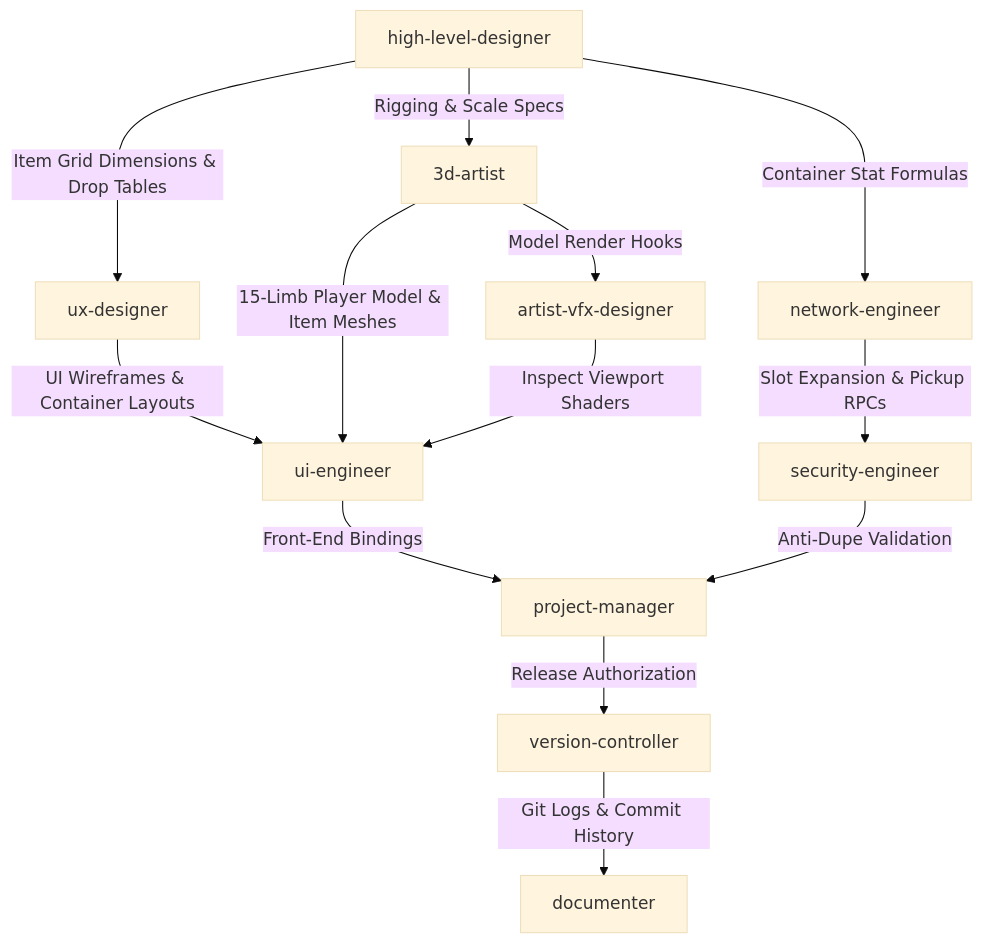
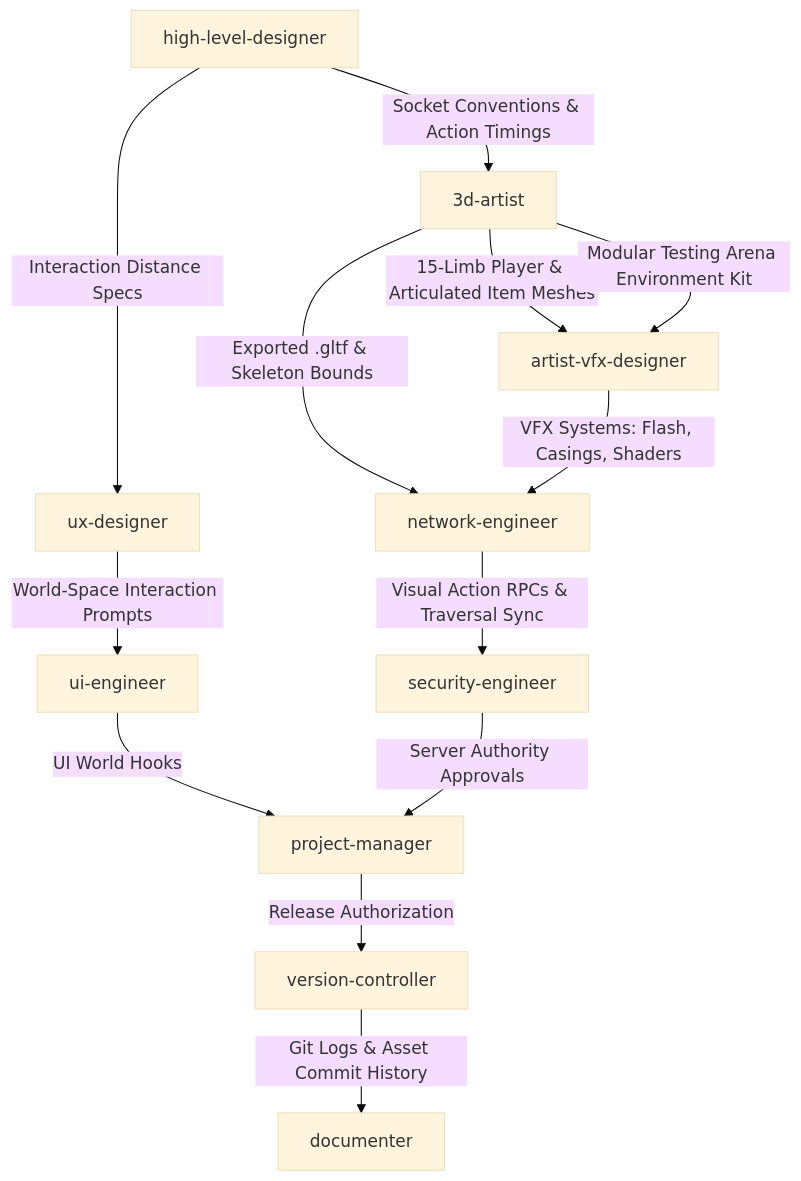
One commit to benasdell/god-caliber changed the diagram in PATCH_0.4.md. Above: the diagram before and after it, drawn with Mermaid (base theme). The commit also changed other lines of this file, not shown here.

````diff
--- a/PATCH_0.4.md
+++ b/PATCH_0.4.md
@@ -41,15 +44,15 @@
 ```mermaid
 graph TD
-    HLD[high-level-designer] -->|Item Grid Dimensions & Drop Tables| UXD[ux-designer]
-    HLD -->|Rigging & Scale Specs| TDA[3d-artist]
-    TDA -->|15-Limb Player Model & Item Meshes| UIE[ui-engineer]
-    TDA -->|Model Render Hooks| VFX[artist-vfx-designer]
-    UXD -->|UI Wireframes & Container Layouts| UIE
-    VFX -->|Inspect Viewport Shaders| UIE
-    HLD -->|Container Stat Formulas| NE[network-engineer]
-    NE -->|Slot Expansion & Pickup RPCs| SE[security-engineer]
-    UIE -->|Front-End Bindings| PM[project-manager]
-    SE -->|Anti-Dupe Validation| PM
+    HLD[high-level-designer] -->|Socket Conventions & Action Timings| TDA[3d-artist]
+    HLD -->|Interaction Distance Specs| UXD[ux-designer]
+    TDA -->|15-Limb Player & Articulated Item Meshes| VFX[artist-vfx-designer]
+    TDA -->|Modular Testing Arena Environment Kit| VFX
+    UXD -->|World-Space Interaction Prompts| UIE[ui-engineer]
+    TDA -->|Exported .gltf & Skeleton Bounds| NE[network-engineer]
+    VFX -->|VFX Systems: Flash, Casings, Shaders| NE
+    NE -->|Visual Action RPCs & Traversal Sync| SE[security-engineer]
+    UIE -->|UI World Hooks| PM[project-manager]
+    SE -->|Server Authority Approvals| PM
     PM -->|Release Authorization| VC[version-controller]
-    VC -->|Git Logs & Commit History| DOC[documenter]
+    VC -->|Git Logs & Asset Commit History| DOC[documenter]
 ```
````
